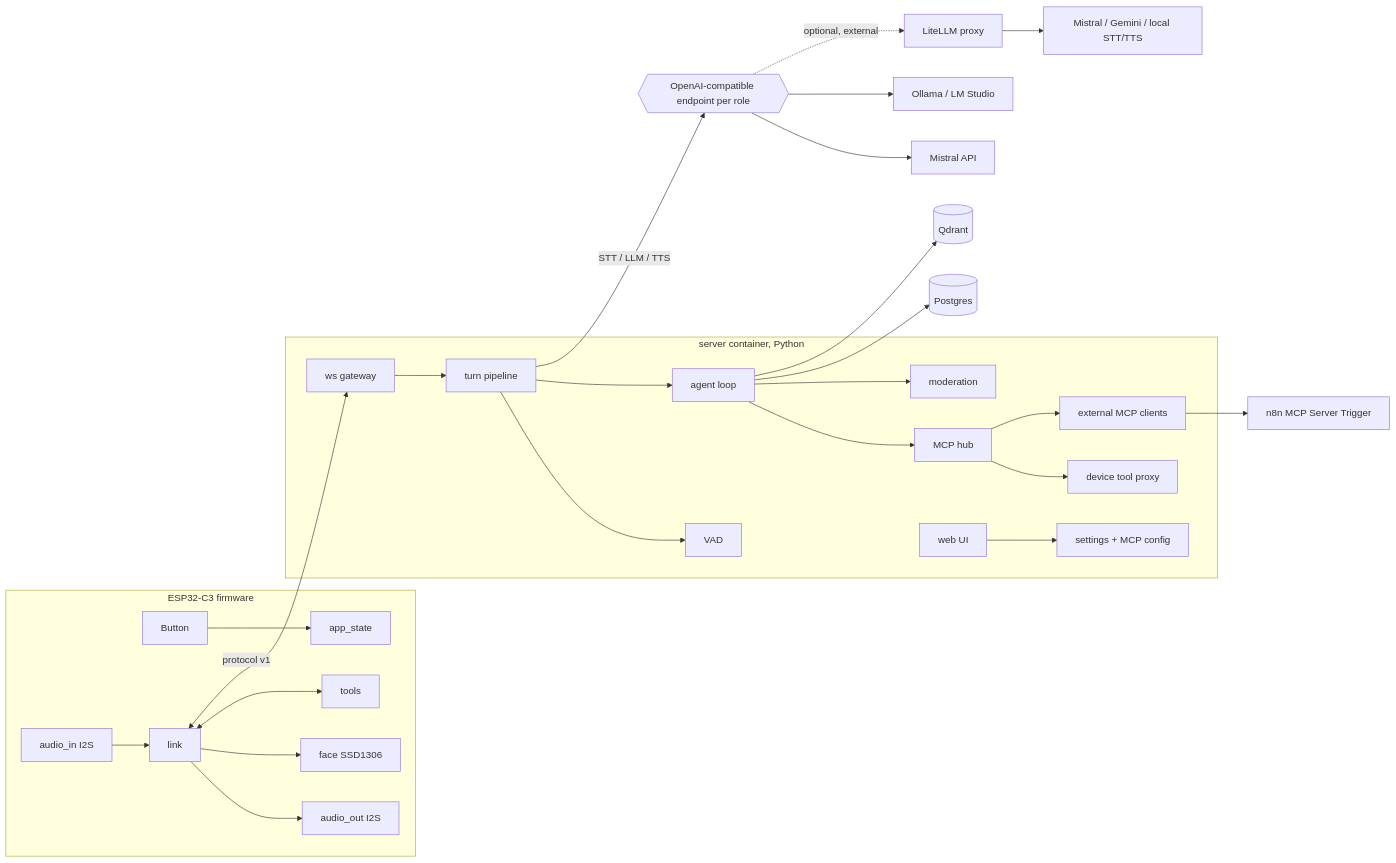
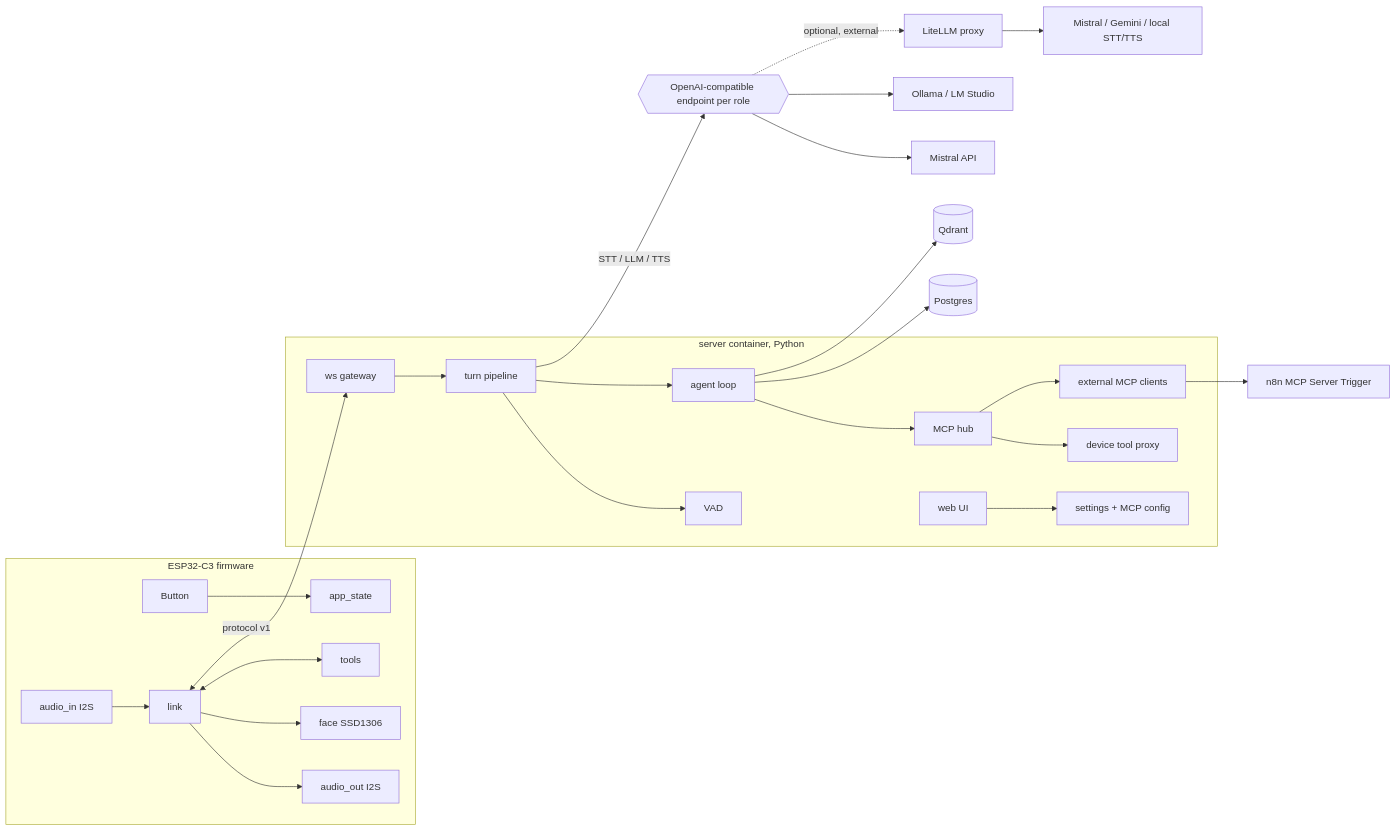
Before and after one commit to Stihotvor/open-thought-ai: the first of 2 diagrams in docs/architecture.md, drawn with Mermaid. The commit also changed other lines of this file and 6 other files, not shown here.

````diff
--- a/docs/architecture.md
+++ b/docs/architecture.md
@@ -4,29 +4,28 @@
 ```mermaid
 flowchart LR
   subgraph Device[ESP32-C3 firmware]
     BTN[Button] --> APP[app_state]
     MIC[audio_in I2S] --> LINK[link]
     LINK --> SPK[audio_out I2S]
     LINK --> FACE[face SSD1306]
     LINK <--> DT[tools]
   end
   subgraph Server[server container, Python]
     GW[ws gateway] --> TURN[turn pipeline]
     TURN --> VAD[VAD]
     TURN --> AG[agent loop]
     AG --> HUB[MCP hub]
     HUB --> DTP[device tool proxy]
     HUB --> EXT[external MCP clients]
-    AG --> MOD[moderation]
     UI[web UI] --> CFG[settings + MCP config]
   end
   LINK <-- protocol v1 --> GW
   TURN -- STT / LLM / TTS --> EP{{OpenAI-compatible endpoint per role}}
   EP --> P1[Mistral API]
   EP --> P2[Ollama / LM Studio]
   EP -. optional, external .-> LLMP[LiteLLM proxy]
   LLMP --> P3[Mistral / Gemini / local STT/TTS]
   EXT --> N8N[n8n MCP Server Trigger]
   AG --> PG[(Postgres)]
   AG --> QD[(Qdrant)]
 ```
````
